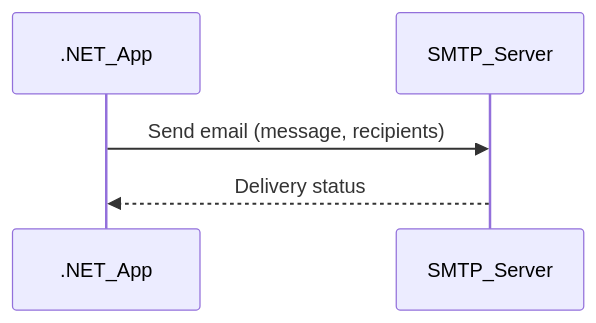
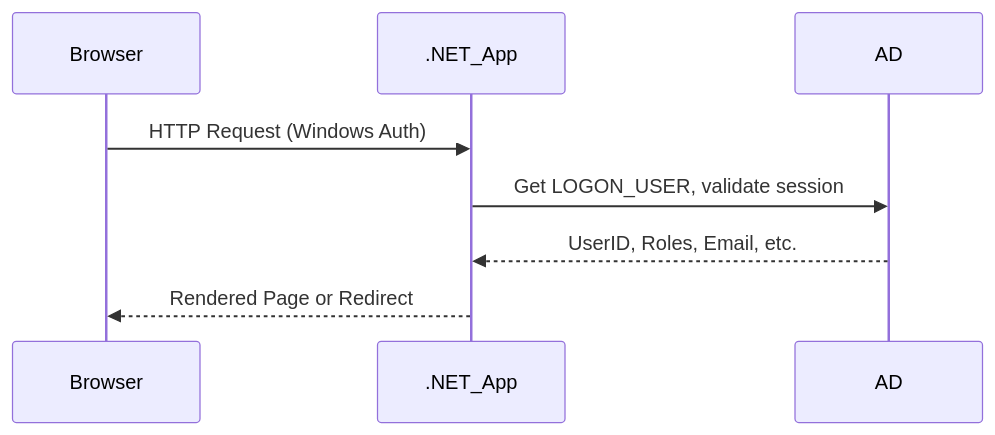
The fourth of 5 diagrams in PricingApproval_markdown_files/PricingApproval_business_functionality.md (saniyakapur39/.NET_code_analyzer), drawn with Mermaid before and after one commit. The commit also changed other lines of this file, not shown here.

````diff
--- a/PricingApproval_markdown_files/PricingApproval_business_functionality.md
+++ b/PricingApproval_markdown_files/PricingApproval_business_functionality.md
@@ -155,7 +95,10 @@
 ```mermaid
 sequenceDiagram
+    participant Browser
     participant .NET_App
-    participant SMTP_Server
-    .NET_App->>SMTP_Server: Send email (message, recipients)
-    SMTP_Server-->>.NET_App: Delivery status
+    participant AD
+    Browser->>.NET_App: HTTP Request (Windows Auth)
+    .NET_App->>AD: Get LOGON_USER, validate session
+    AD-->>.NET_App: UserID, Roles, Email, etc.
+    .NET_App-->>Browser: Rendered Page or Redirect
 ```
````
